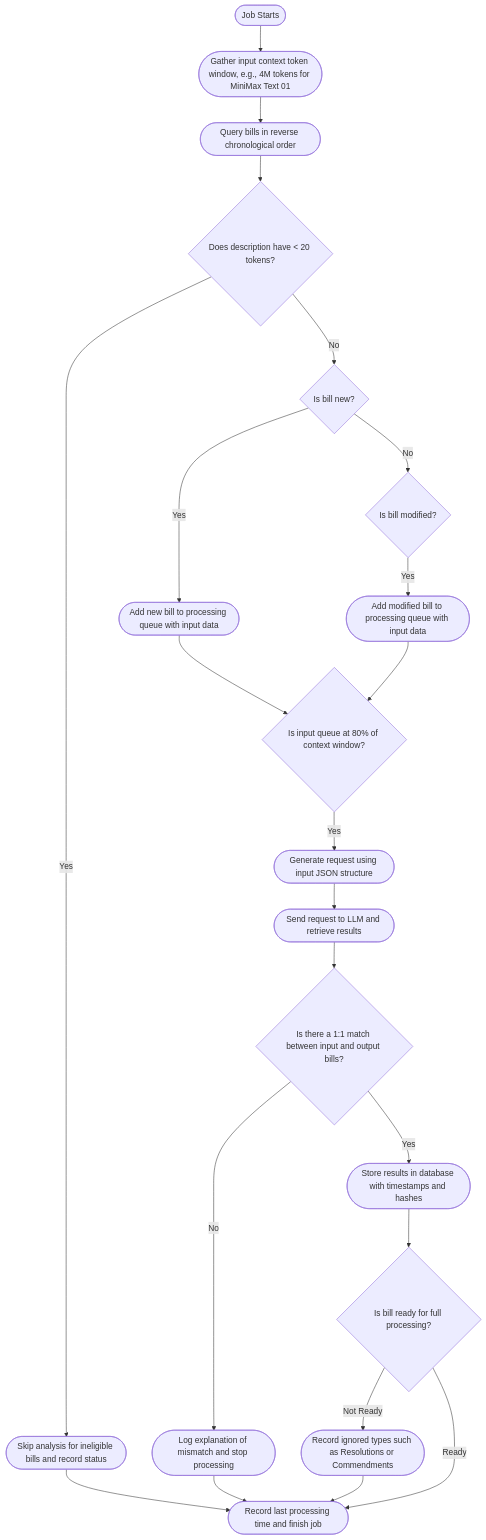
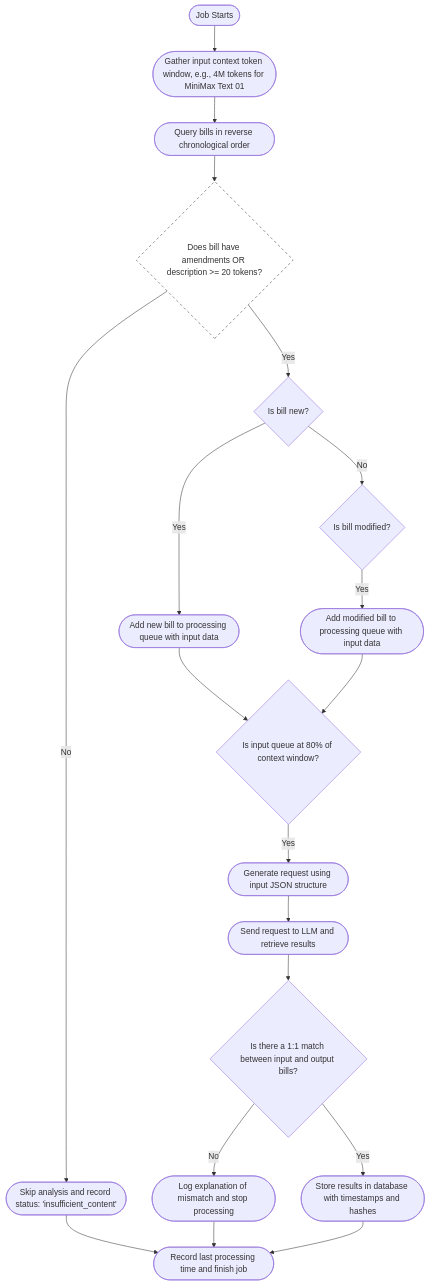
Before and after one commit to Blue-Net-Reflections-LLC/legi-equity-monitor: the diagram in bill-analysis-design/bill-processing-workflow.md, drawn with Mermaid. The commit also changed other lines of this file and 3 other files, not shown here.

````diff
--- a/bill-analysis-design/bill-processing-workflow.md
+++ b/bill-analysis-design/bill-processing-workflow.md
@@ -1,45 +1,43 @@
 ```mermaid
 flowchart TD
     start([Job Starts])
     gather_context([Gather input context token window, e.g., 4M tokens for MiniMax Text 01])
     query_bills([Query bills in reverse chronological order])
-    check_tokens{Does description have < 20 tokens?}
-    skip_ineligible([Skip analysis for ineligible bills and record status])
+    check_content{Does bill have amendments OR description >= 20 tokens?}
+    skip_ineligible([Skip analysis and record status: 'insufficient_content'])
     check_new{Is bill new?}
     add_to_queue_new([Add new bill to processing queue with input data])
     check_modified{Is bill modified?}
     add_to_queue_modified([Add modified bill to processing queue with input data])
     input_limit{Is input queue at 80% of context window?}
     generate_request([Generate request using input JSON structure])
     process_llm([Send request to LLM and retrieve results])
     validate_llm_response{Is there a 1:1 match between input and output bills?}
     log_error([Log explanation of mismatch and stop processing])
     store_results([Store results in database with timestamps and hashes])
-    check_full_processing{Is bill ready for full processing?}
-    record_ignored_types([Record ignored types such as Resolutions or Commendments])
     job_end([Record last processing time and finish job])
 
     %% Define connections
     start --> gather_context
     gather_context --> query_bills
-    query_bills --> check_tokens
-    check_tokens -- Yes --> skip_ineligible
-    check_tokens -- No --> check_new
+    query_bills --> check_content
+    check_content -- No --> skip_ineligible
+    check_content -- Yes --> check_new
     check_new -- Yes --> add_to_queue_new
     check_new -- No --> check_modified
     check_modified -- Yes --> add_to_queue_modified
     add_to_queue_new --> input_limit
     add_to_queue_modified --> input_limit
     input_limit -- Yes --> generate_request
     generate_request --> process_llm
     process_llm --> validate_llm_response
     validate_llm_response -- No --> log_error
     validate_llm_response -- Yes --> store_results
-    store_results --> check_full_processing
-    check_full_processing -- Not Ready --> record_ignored_types
-    check_full_processing -- Ready --> job_end
+    store_results --> job_end
     skip_ineligible --> job_end
-    record_ignored_types --> job_end
     log_error --> job_end
 
+    %% Add notes
+    classDef note fill:#fff,stroke:#333,stroke-dasharray: 5 5;
+    class check_content note;
 ```
````
